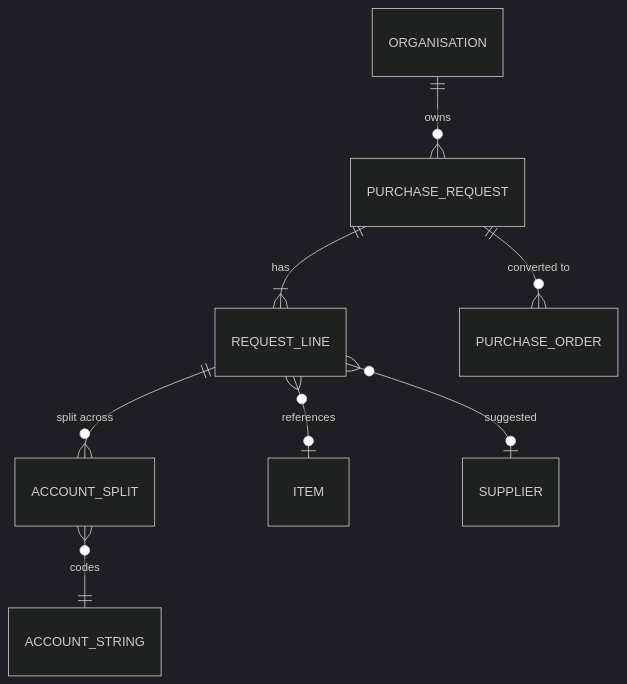
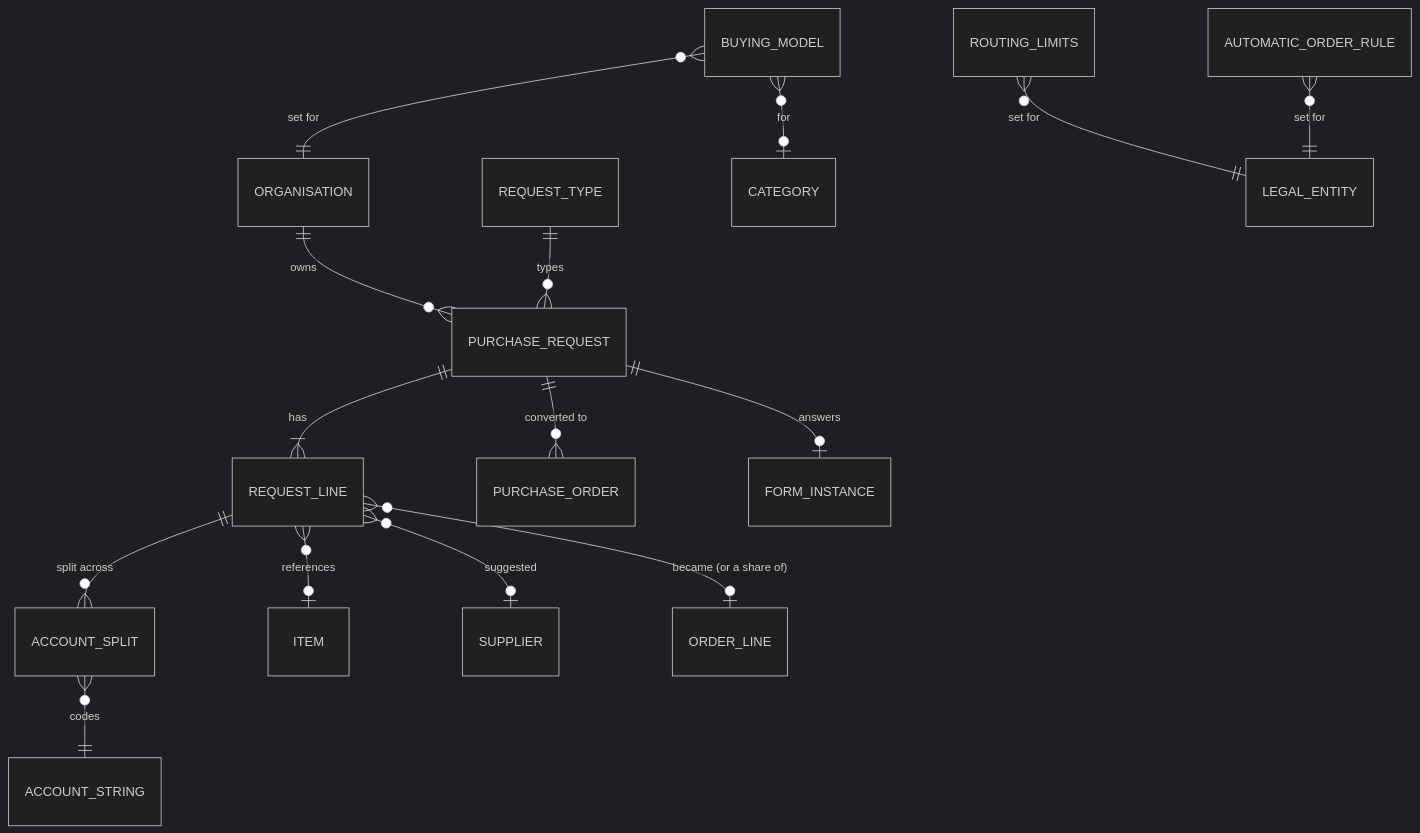
The first of 2 diagrams in docs/prd/suites/procurement/requests-PRD.md (rkravuri/ironsaas), drawn with Mermaid (dark theme) before and after one commit. The commit also changed other lines of this file and 8 other files, not shown here.

````diff
--- a/docs/prd/suites/procurement/requests-PRD.md
+++ b/docs/prd/suites/procurement/requests-PRD.md
@@ -51,10 +53,17 @@
 ```mermaid
 erDiagram
   ORGANISATION ||--o{ PURCHASE_REQUEST : owns
   PURCHASE_REQUEST ||--|{ REQUEST_LINE : has
   REQUEST_LINE ||--o{ ACCOUNT_SPLIT : "split across"
   ACCOUNT_SPLIT }o--|| ACCOUNT_STRING : codes
   REQUEST_LINE }o--o| ITEM : references
   REQUEST_LINE }o--o| SUPPLIER : "suggested"
   PURCHASE_REQUEST ||--o{ PURCHASE_ORDER : "converted to"
+  REQUEST_TYPE ||--o{ PURCHASE_REQUEST : "types"
+  PURCHASE_REQUEST ||--o| FORM_INSTANCE : "answers"
+  BUYING_MODEL }o--|| ORGANISATION : "set for"
+  BUYING_MODEL }o--o| CATEGORY : "for"
+  ROUTING_LIMITS }o--|| LEGAL_ENTITY : "set for"
+  AUTOMATIC_ORDER_RULE }o--|| LEGAL_ENTITY : "set for"
+  REQUEST_LINE }o--o| ORDER_LINE : "became (or a share of)"
 ```
````
